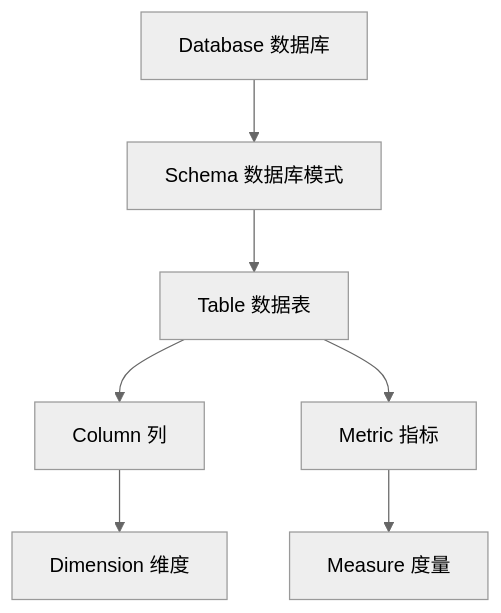
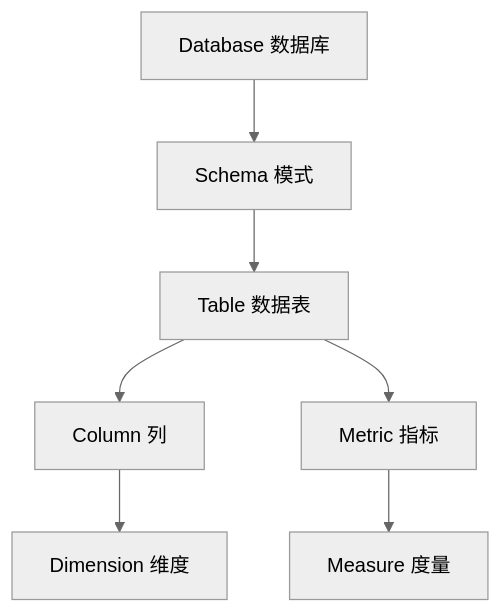
One commit to A1pha3/text-matrix changed the second of 3 diagrams in content/posts/tech/tools/apache-superset-bi-dashboard-guide.md. Above: the diagram before and after it, drawn with Mermaid (neutral theme). The commit also changed other lines of this file and 32 other files, not shown here.

````diff
--- a/content/posts/tech/tools/apache-superset-bi-dashboard-guide.md
+++ b/content/posts/tech/tools/apache-superset-bi-dashboard-guide.md
@@ -188,10 +178,10 @@
 ```mermaid
 graph TB
-    A["Database 数据库"] --> B["Schema 数据库模式"]
+    A["Database 数据库"] --> B["Schema 模式"]
     B --> C["Table 数据表"]
     C --> D["Column 列"]
     C --> E["Metric 指标"]
-    
+
     D --> F["Dimension 维度"]
     E --> G["Measure 度量"]
 ```
````
